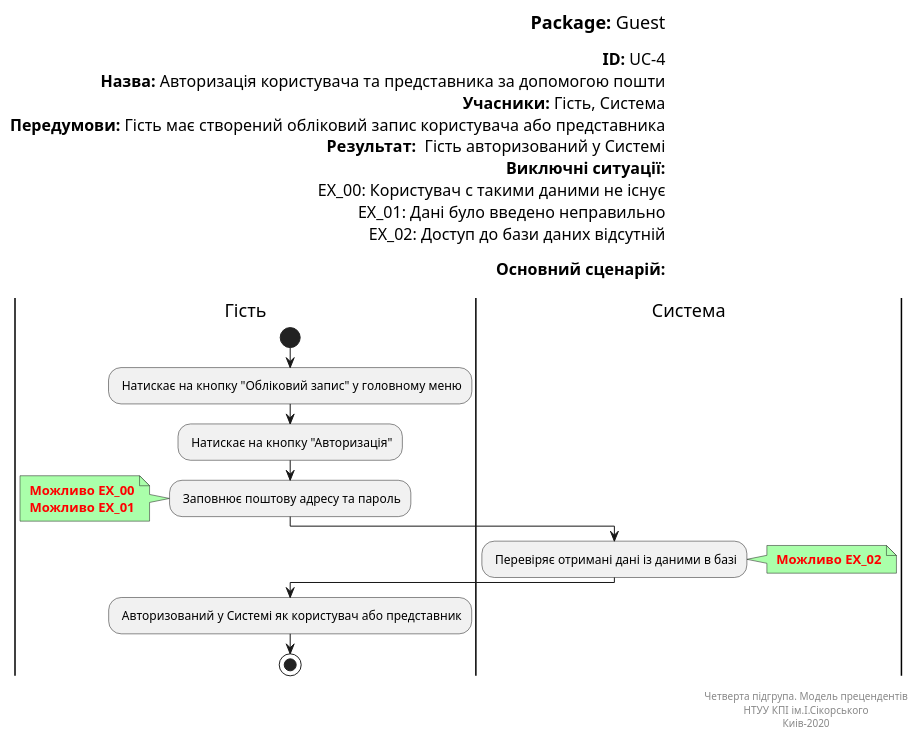
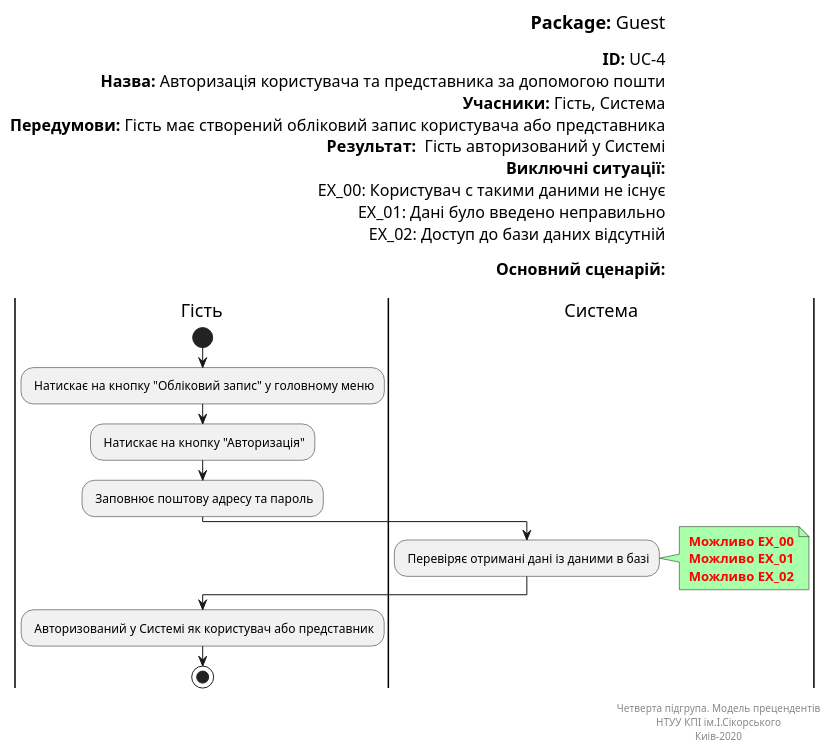
Before and after one commit to yehorbk/kpi-programming: the diagram in UML/guest/Diagrams/UC4.pu, drawn with PlantUML.

```diff
--- a/UML/guest/Diagrams/UC4.pu
+++ b/UML/guest/Diagrams/UC4.pu
@@ -1,45 +1,44 @@
 @startuml
 left header
 <font color=000 size=18><b>Package:</b> Guest
 
 <font color=000 size=16><b>ID:</b> UC-4
 <font color=000 size=16><b>Назва:</b> Авторизація користувача та представника за допомогою пошти
 <font color=000 size=16><b>Учасники:</b> Гість, Система
 <font color=000 size=16><b>Передумови:</b> Гість має створений обліковий запис користувача або представника
 <font color=000 size=16><b>Результат:</b>  Гість авторизований у Системі
 <font color=000 size=16><b>Виключні ситуації:</b>
 <font color=000 size=16> EX_00: Користувач с такими даними не існує
 <font color=000 size=16> EX_01: Дані було введено неправильно
 <font color=000 size=16> EX_02: Доступ до бази даних відсутній
 
 <font color=000 size=16><b>Основний сценарій:</b>
 
 end header
 
 |Гість|
 start
 : Натискає на кнопку "Обліковий запис" у головному меню;
 : Натискає на кнопку "Авторизація";
 : Заповнює поштову адресу та пароль;
-note left #aaffaa
-<font color=red><b> Можливо EX_00
-<font color=red><b> Можливо EX_01
-end note
+
 
 |Система|
 : Перевіряє отримані дані із даними в базі;
 note right #aaffaa
+<font color=red><b> Можливо EX_00
+<font color=red><b> Можливо EX_01
 <font color=red><b> Можливо EX_02
 end note
 
 |Гість|
 : Авторизований у Системі як користувач або представник;
 stop;
 
 right footer
 
 Четверта підгрупа. Модель прецендентів
 НТУУ КПІ ім.І.Сікорського
 Киів-2020
 end footer
 @enduml
```
